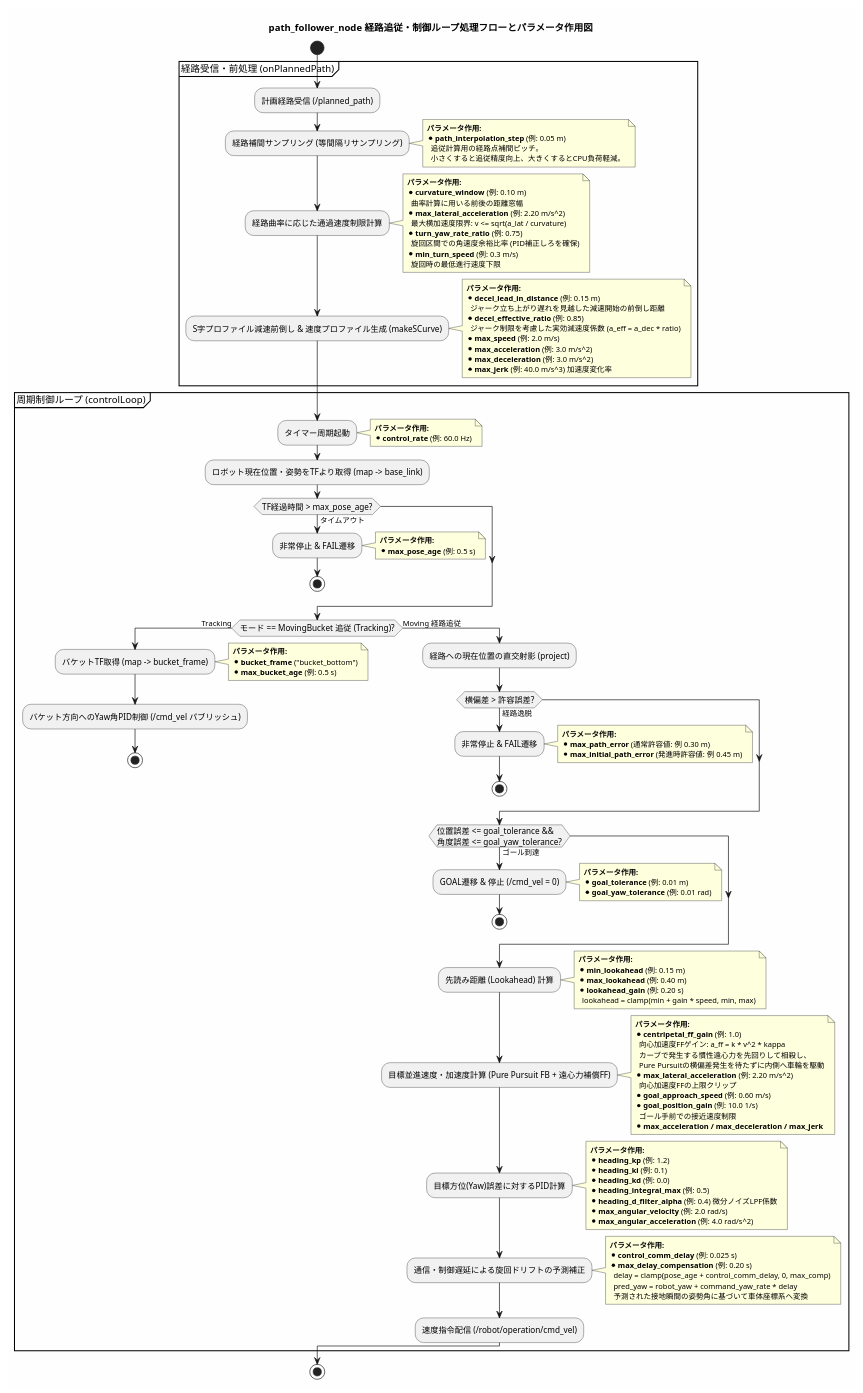
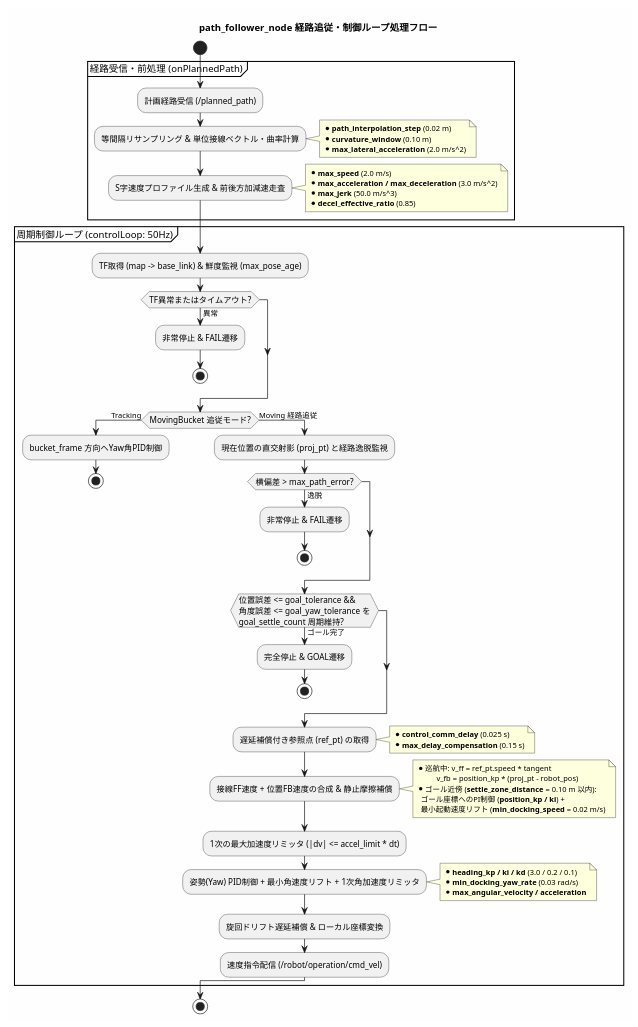
The diagram in docs/path_follower_flow.pu (tmcit-ararobo-2026a/gn10-navigation), drawn with PlantUML before and after one commit. The commit also changed 10 other files, not shown here.

```diff
--- a/docs/path_follower_flow.pu
+++ b/docs/path_follower_flow.pu
@@ -1,147 +1,81 @@
 @startuml path_follower_flow
 skinparam backgroundColor #FEFEFE
 skinparam activityFontSize 12
 skinparam noteFontSize 11
 
-title path_follower_node 経路追従・制御ループ処理フローとパラメータ作用図
+title path_follower_node 経路追従・制御ループ処理フロー
 
 start
 
 partition "経路受信・前処理 (onPlannedPath)" {
     :計画経路受信 (/planned_path);
-    :経路補間サンプリング (等間隔リサンプリング);
+    :等間隔リサンプリング & 単位接線ベクトル・曲率計算;
     note right
-      <b>パラメータ作用:</b>
-      * <b>path_interpolation_step</b> (例: 0.05 m)
-        追従計算用の経路点補間ピッチ。
-        小さくすると追従精度向上、大きくするとCPU負荷軽減。
-    end note
-    
-    :経路曲率に応じた通過速度制限計算;
-    note right
-      <b>パラメータ作用:</b>
-      * <b>curvature_window</b> (例: 0.10 m)
-        曲率計算に用いる前後の距離窓幅
-      * <b>max_lateral_acceleration</b> (例: 2.20 m/s^2)
-        最大横加速度限界: v <= sqrt(a_lat / curvature)
-      * <b>turn_yaw_rate_ratio</b> (例: 0.75)
-        旋回区間での角速度余裕比率 (PID補正しろを確保)
-      * <b>min_turn_speed</b> (例: 0.3 m/s)
-        旋回時の最低進行速度下限
+      * <b>path_interpolation_step</b> (0.02 m)
+      * <b>curvature_window</b> (0.10 m)
+      * <b>max_lateral_acceleration</b> (2.0 m/s^2)
     end note
 
-    :S字プロファイル減速前倒し & 速度プロファイル生成 (makeSCurve);
+    :S字速度プロファイル生成 & 前後方加減速走査;
     note right
-      <b>パラメータ作用:</b>
-      * <b>decel_lead_in_distance</b> (例: 0.15 m)
-        ジャーク立ち上がり遅れを見越した減速開始の前倒し距離
-      * <b>decel_effective_ratio</b> (例: 0.85)
-        ジャーク制限を考慮した実効減速度係数 (a_eff = a_dec * ratio)
-      * <b>max_speed</b> (例: 2.0 m/s)
-      * <b>max_acceleration</b> (例: 3.0 m/s^2)
-      * <b>max_deceleration</b> (例: 3.0 m/s^2)
-      * <b>max_jerk</b> (例: 40.0 m/s^3) 加速度変化率
+      * <b>max_speed</b> (2.0 m/s)
+      * <b>max_acceleration / max_deceleration</b> (3.0 m/s^2)
+      * <b>max_jerk</b> (50.0 m/s^3)
+      * <b>decel_effective_ratio</b> (0.85)
     end note
 }
 
-partition "周期制御ループ (controlLoop)" {
-    :タイマー周期起動;
-    note right
-      <b>パラメータ作用:</b>
-      * <b>control_rate</b> (例: 60.0 Hz)
-    end note
+partition "周期制御ループ (controlLoop: 50Hz)" {
+    :TF取得 (map -> base_link) & 鮮度監視 (max_pose_age);
+    if (TF異常またはタイムアウト?) then (異常)
+        :非常停止 & FAIL遷移;
+        stop
+    endif
 
-    :ロボット現在位置・姿勢をTFより取得 (map -> base_link);
-    if (TF経過時間 > max_pose_age?) then (タイムアウト)
-        :非常停止 & FAIL遷移;
-        note right
-          <b>パラメータ作用:</b>
-          * <b>max_pose_age</b> (例: 0.5 s)
-        end note
-        stop
-    end if
-
-    if (モード == MovingBucket 追従 (Tracking)?) then (Tracking)
-        :バケットTF取得 (map -> bucket_frame);
-        note right
-          <b>パラメータ作用:</b>
-          * <b>bucket_frame</b> ("bucket_bottom")
-          * <b>max_bucket_age</b> (例: 0.5 s)
-        end note
-        :バケット方向へのYaw角PID制御 (/cmd_vel パブリッシュ);
+    if (MovingBucket 追従モード?) then (Tracking)
+        :bucket_frame 方向へYaw角PID制御;
         stop
     else (Moving 経路追従)
-        :経路への現在位置の直交射影 (project);
-        if (横偏差 > 許容誤差?) then (経路逸脱)
+        :現在位置の直交射影 (proj_pt) と経路逸脱監視;
+        if (横偏差 > max_path_error?) then (逸脱)
             :非常停止 & FAIL遷移;
-            note right
-              <b>パラメータ作用:</b>
-              * <b>max_path_error</b> (通常許容値: 例 0.30 m)
-              * <b>max_initial_path_error</b> (発進時許容値: 例 0.45 m)
-            end note
             stop
-        end if
+        endif
 
-        if (位置誤差 <= goal_tolerance &&\n角度誤差 <= goal_yaw_tolerance?) then (ゴール到達)
-            :GOAL遷移 & 停止 (/cmd_vel = 0);
-            note right
-              <b>パラメータ作用:</b>
-              * <b>goal_tolerance</b> (例: 0.01 m)
-              * <b>goal_yaw_tolerance</b> (例: 0.01 rad)
-            end note
+        if (位置誤差 <= goal_tolerance &&\n角度誤差 <= goal_yaw_tolerance を\ngoal_settle_count 周期維持?) then (ゴール完了)
+            :完全停止 & GOAL遷移;
             stop
-        end if
+        endif
 
-        :先読み距離 (Lookahead) 計算;
+        :遅延補償付き参照点 (ref_pt) の取得;
         note right
-          <b>パラメータ作用:</b>
-          * <b>min_lookahead</b> (例: 0.15 m)
-          * <b>max_lookahead</b> (例: 0.40 m)
-          * <b>lookahead_gain</b> (例: 0.20 s)
-            lookahead = clamp(min + gain * speed, min, max)
+          * <b>control_comm_delay</b> (0.025 s)
+          * <b>max_delay_compensation</b> (0.15 s)
         end note
 
-        :目標並進速度・加速度計算 (Pure Pursuit FB + 遠心力補償FF);
+        :接線FF速度 + 位置FB速度の合成 & 静止摩擦補償;
         note right
-          <b>パラメータ作用:</b>
-          * <b>centripetal_ff_gain</b> (例: 1.0)
-            向心加速度FFゲイン: a_ff = k * v^2 * kappa
-            カーブで発生する慣性遠心力を先回りして相殺し、
-            Pure Pursuitの横偏差発生を待たずに内側へ車輪を駆動
-          * <b>max_lateral_acceleration</b> (例: 2.20 m/s^2)
-            向心加速度FFの上限クリップ
-          * <b>goal_approach_speed</b> (例: 0.60 m/s)
-          * <b>goal_position_gain</b> (例: 10.0 1/s)
-            ゴール手前での接近速度制限
-          * <b>max_acceleration / max_deceleration / max_jerk</b>
+          * 巡航中: v_ff = ref_pt.speed * tangent
+                    v_fb = position_kp * (proj_pt - robot_pos)
+          * ゴール近傍 (<b>settle_zone_distance</b> = 0.10 m 以内):
+            ゴール座標へのPI制御 (<b>position_kp / ki</b>) +
+            最小起動速度リフト (<b>min_docking_speed</b> = 0.02 m/s)
         end note
 
-        :目標方位(Yaw)誤差に対するPID計算;
+        :1次の最大加速度リミッタ (|dv| <= accel_limit * dt);
+
+        :姿勢(Yaw) PID制御 + 最小角速度リフト + 1次角加速度リミッタ;
         note right
-          <b>パラメータ作用:</b>
-          * <b>heading_kp</b> (例: 1.2)
-          * <b>heading_ki</b> (例: 0.1)
-          * <b>heading_kd</b> (例: 0.0)
-          * <b>heading_integral_max</b> (例: 0.5)
-          * <b>heading_d_filter_alpha</b> (例: 0.4) 微分ノイズLPF係数
-          * <b>max_angular_velocity</b> (例: 2.0 rad/s)
-          * <b>max_angular_acceleration</b> (例: 4.0 rad/s^2)
+          * <b>heading_kp / ki / kd</b> (3.0 / 0.2 / 0.1)
+          * <b>min_docking_yaw_rate</b> (0.03 rad/s)
+          * <b>max_angular_velocity / acceleration</b>
         end note
 
-        :通信・制御遅延による旋回ドリフトの予測補正;
-        note right
-          <b>パラメータ作用:</b>
-          * <b>control_comm_delay</b> (例: 0.025 s)
-          * <b>max_delay_compensation</b> (例: 0.20 s)
-            delay = clamp(pose_age + control_comm_delay, 0, max_comp)
-            pred_yaw = robot_yaw + command_yaw_rate * delay
-            予測された接地瞬間の姿勢角に基づいて車体座標系へ変換
-        end note
-
+        :旋回ドリフト遅延補償 & ローカル座標変換;
         :速度指令配信 (/robot/operation/cmd_vel);
-    end if
+    endif
 }
 
 stop
 
 @enduml
```
